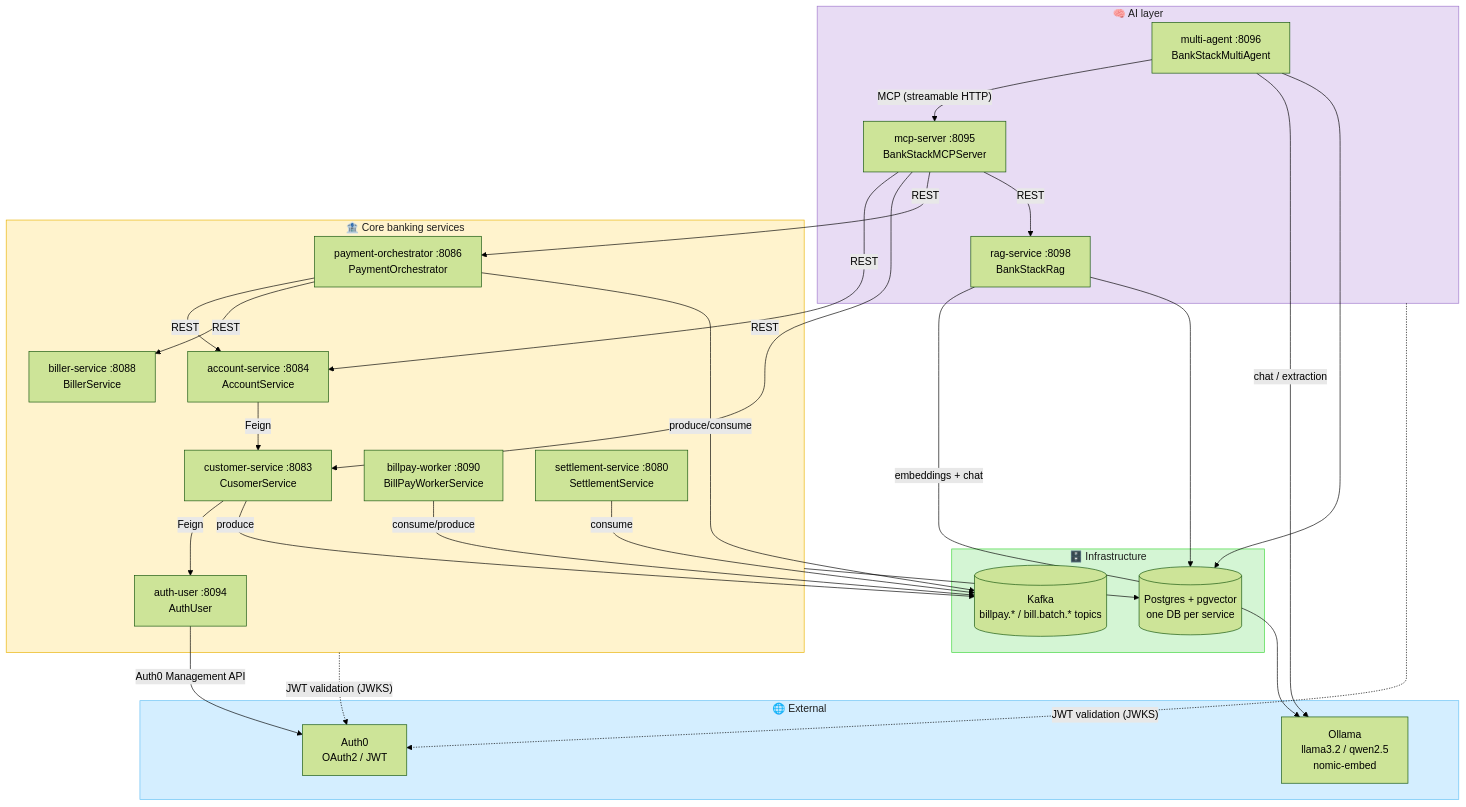
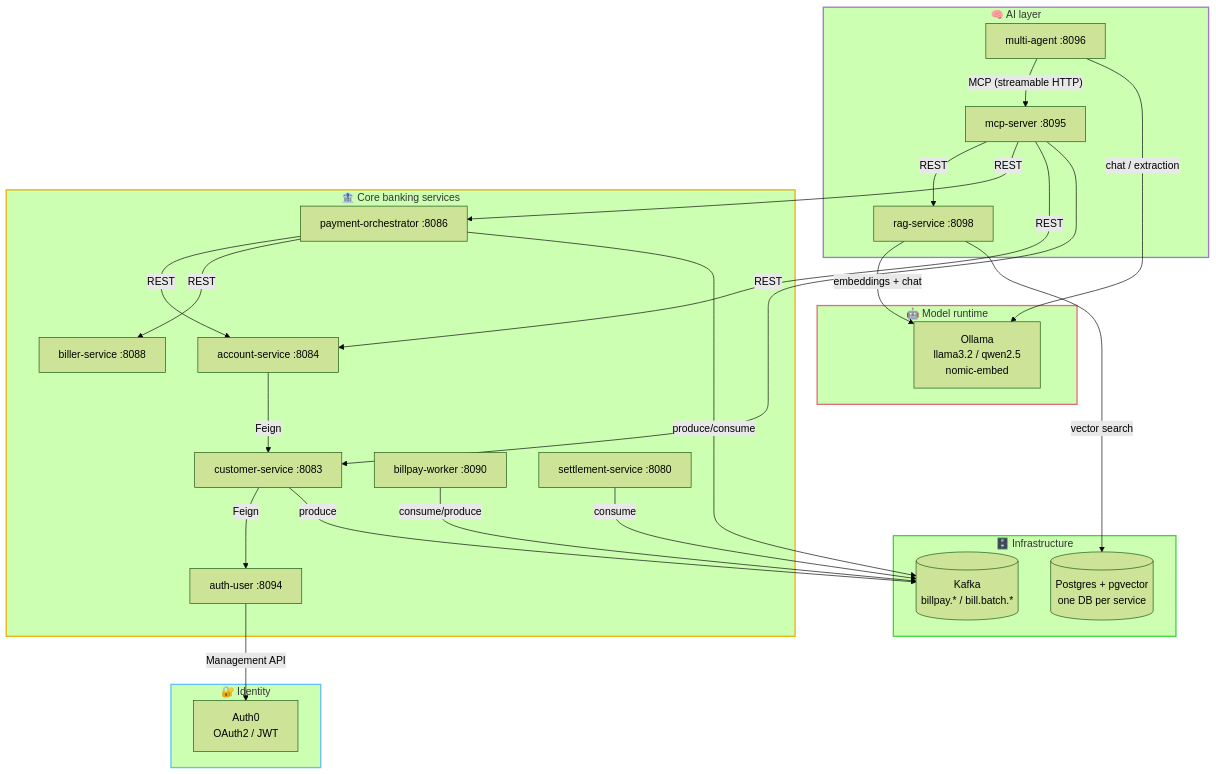
Before and after one commit to jclin0311/BankStackAI: the diagram in README.md, drawn with Mermaid (forest theme). The commit also changed other lines of this file, not shown here.

````diff
--- a/README.md
+++ b/README.md
@@ -17,59 +17,57 @@
 ```mermaid
 flowchart TB
-    subgraph External["🌐 External"]
-        AUTH0["Auth0<br/>OAuth2 / JWT"]
+    subgraph AI["🧠 AI layer"]
+        AGENT["multi-agent :8096"]
+        MCP["mcp-server :8095"]
+        RAG["rag-service :8098"]
+    end
+
+    subgraph Models["🤖 Model runtime"]
         OLLAMA["Ollama<br/>llama3.2 / qwen2.5<br/>nomic-embed"]
     end
 
-    subgraph AI["🧠 AI layer"]
-        AGENT["multi-agent :8096<br/>BankStackMultiAgent"]
-        MCP["mcp-server :8095<br/>BankStackMCPServer"]
-        RAG["rag-service :8098<br/>BankStackRag"]
+    subgraph Edge["🔐 Identity"]
+        AUTH0["Auth0<br/>OAuth2 / JWT"]
     end
 
     subgraph Core["🏦 Core banking services"]
-        AUTHU["auth-user :8094<br/>AuthUser"]
-        CUST["customer-service :8083<br/>CusomerService"]
-        ACCT["account-service :8084<br/>AccountService"]
-        PAY["payment-orchestrator :8086<br/>PaymentOrchestrator"]
-        BILLER["biller-service :8088<br/>BillerService"]
-        WORKER["billpay-worker :8090<br/>BillPayWorkerService"]
-        SETTLE["settlement-service :8080<br/>SettlementService"]
+        PAY["payment-orchestrator :8086"]
+        ACCT["account-service :8084"]
+        BILLER["biller-service :8088"]
+        CUST["customer-service :8083"]
+        AUTHU["auth-user :8094"]
+        WORKER["billpay-worker :8090"]
+        SETTLE["settlement-service :8080"]
     end
 
     subgraph Infra["🗄️ Infrastructure"]
-        KAFKA[("Kafka<br/>billpay.* / bill.batch.* topics")]
+        KAFKA[("Kafka<br/>billpay.* / bill.batch.*")]
         PG[("Postgres + pgvector<br/>one DB per service")]
     end
 
     AGENT -->|"MCP (streamable HTTP)"| MCP
     AGENT -->|"chat / extraction"| OLLAMA
     RAG -->|"embeddings + chat"| OLLAMA
+    MCP -->|REST| RAG
+    MCP -->|REST| PAY
     MCP -->|REST| ACCT
     MCP -->|REST| CUST
-    MCP -->|REST| PAY
-    MCP -->|REST| RAG
 
-    AUTHU -->|"Auth0 Management API"| AUTH0
-    CUST -->|Feign| AUTHU
-    ACCT -->|Feign| CUST
     PAY -->|REST| ACCT
     PAY -->|REST| BILLER
+    ACCT -->|Feign| CUST
+    CUST -->|Feign| AUTHU
+    AUTHU -->|"Management API"| AUTH0
 
     PAY -->|"produce/consume"| KAFKA
     WORKER -->|"consume/produce"| KAFKA
     SETTLE -->|consume| KAFKA
     CUST -->|produce| KAFKA
+    RAG -->|"vector search"| PG
 
-    Core --> PG
-    RAG --> PG
-    AGENT --> PG
-
-    Core -.->|"JWT validation (JWKS)"| AUTH0
-    AI -.->|"JWT validation (JWKS)"| AUTH0
-
-    style External fill:#d4eeff,stroke:#63c0f5,color:#1e1e1e
-    style AI fill:#e8dcf4,stroke:#9f77cd,color:#1e1e1e
-    style Core fill:#fff3cd,stroke:#e9b306,color:#1e1e1e
-    style Infra fill:#d4f5d4,stroke:#3fd73c,color:#1e1e1e
+    style AI stroke:#9f77cd,stroke-width:2px
+    style Models stroke:#e26d7a,stroke-width:2px
+    style Edge stroke:#63c0f5,stroke-width:2px
+    style Core stroke:#e9b306,stroke-width:2px
+    style Infra stroke:#3fd73c,stroke-width:2px
 ```
````
